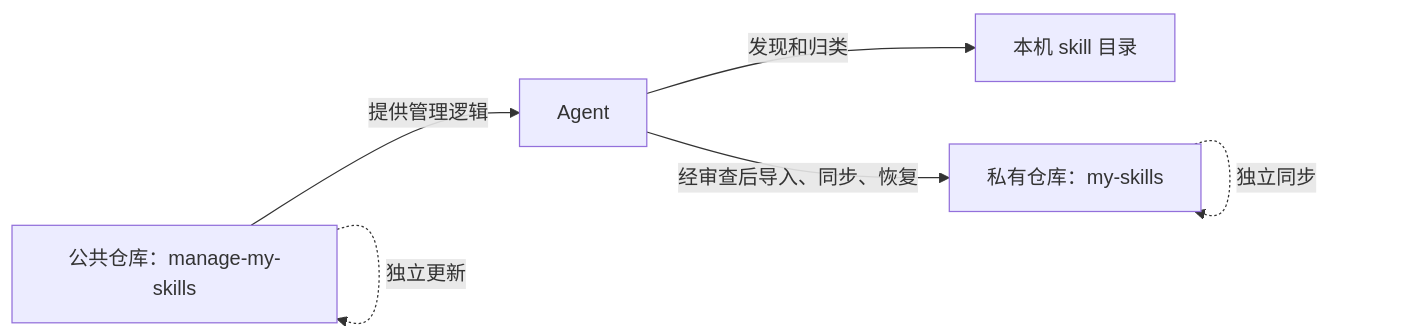
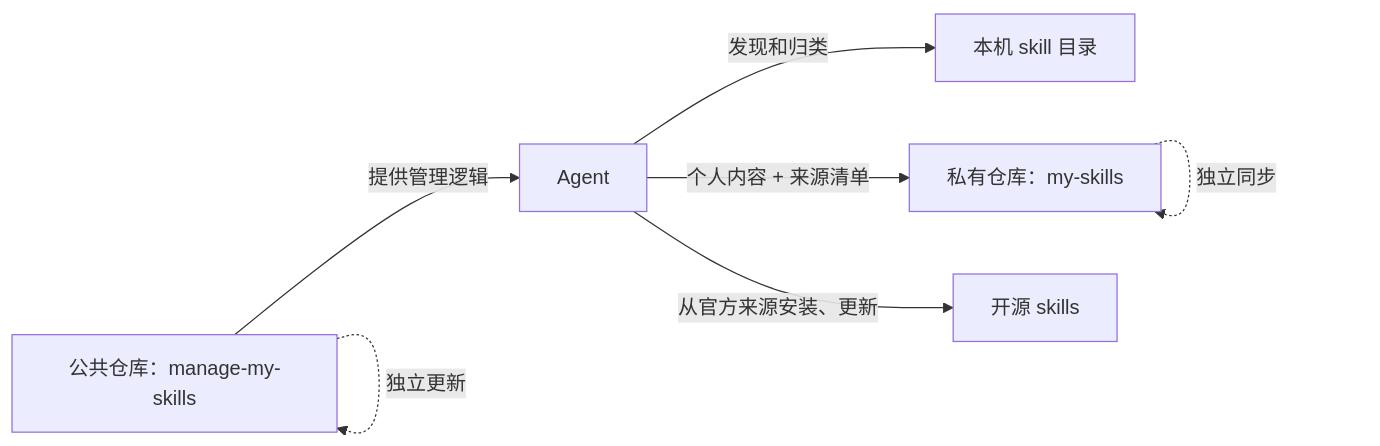
One commit to Pursuer-Hsf/manage-my-skills changed the diagram in docs/README.zh-CN.md. Above: the diagram before and after it, drawn with Mermaid. The commit also changed other lines of this file and 10 other files, not shown here.

````diff
--- a/docs/README.zh-CN.md
+++ b/docs/README.zh-CN.md
@@ -64,8 +66,9 @@
 ```mermaid
 flowchart LR
     A["公共仓库：manage-my-skills"] -->|"提供管理逻辑"| B["Agent"]
     B -->|"发现和归类"| C["本机 skill 目录"]
-    B -->|"经审查后导入、同步、恢复"| D["私有仓库：my-skills"]
+    B -->|"个人内容 + 来源清单"| D["私有仓库：my-skills"]
+    B -->|"从官方来源安装、更新"| E["开源 skills"]
     A -. "独立更新" .-> A
     D -. "独立同步" .-> D
 ```
````
